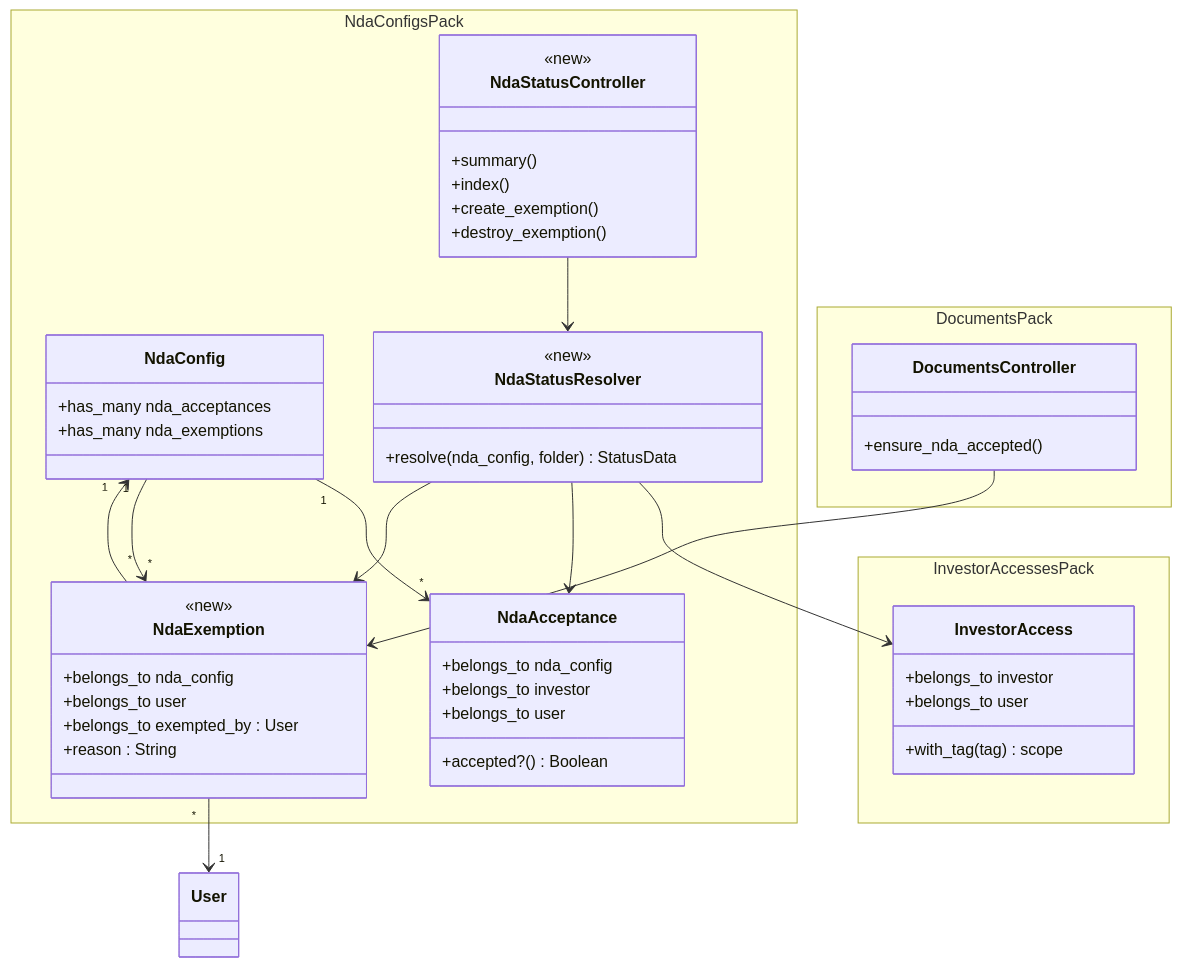
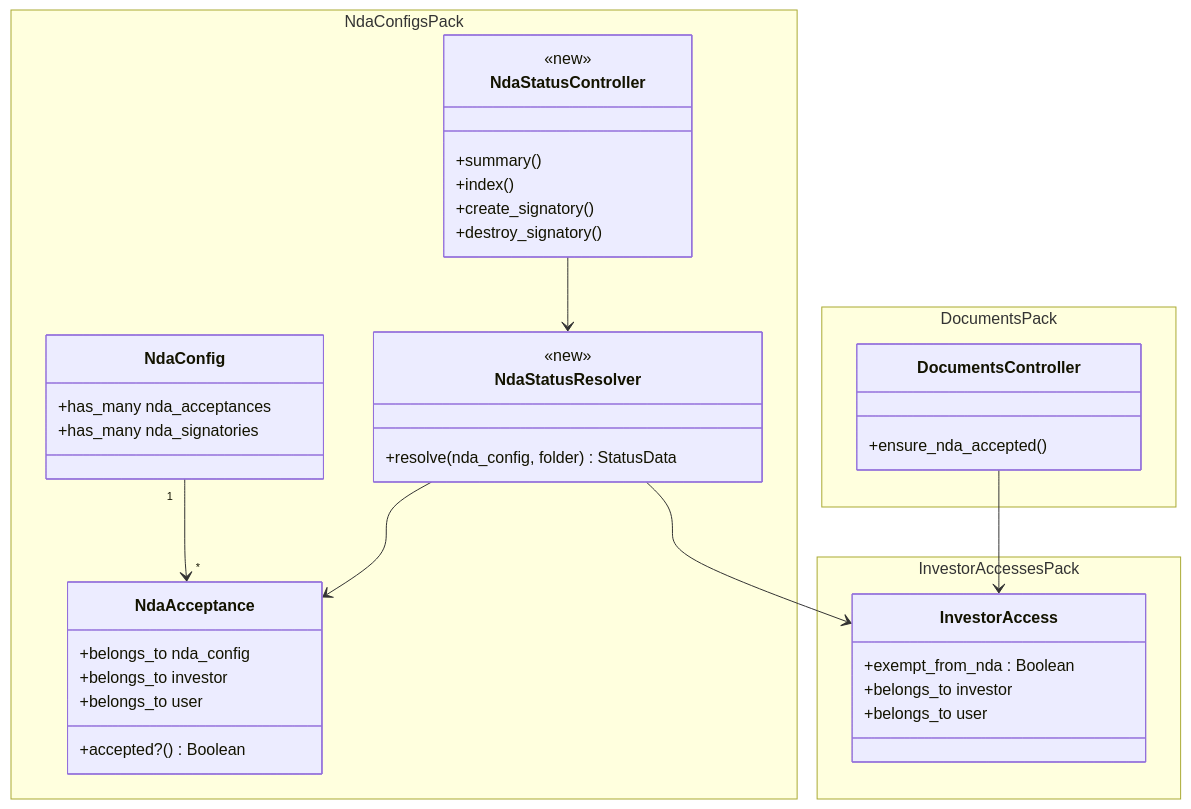
The second of 9 diagrams in openspec/changes/nda-data-room-module-3-gp-dashboard/design.md (sampadadiwan/IRM_CompanyMain), drawn with Mermaid before and after one commit. The commit also changed other lines of this file and 22 other files, not shown here.

First line of the commit message:
feat: Redesign exemption to stakeholder-level + hide NDA Settings on Data Room root

````diff
--- a/openspec/changes/nda-data-room-module-3-gp-dashboard/design.md
+++ b/openspec/changes/nda-data-room-module-3-gp-dashboard/design.md
@@ -100,57 +99,46 @@
 ```mermaid
 classDiagram
     namespace NdaConfigsPack {
         class NdaConfig {
             +has_many nda_acceptances
-            +has_many nda_exemptions
+            +has_many nda_signatories
         }
         class NdaAcceptance {
             +belongs_to nda_config
             +belongs_to investor
             +belongs_to user
             +accepted?() Boolean
         }
-        class NdaExemption {
-            <<new>>
-            +belongs_to nda_config
-            +belongs_to user
-            +belongs_to exempted_by : User
-            +reason : String
-        }
         class NdaStatusController {
             <<new>>
             +summary()
             +index()
-            +create_exemption()
-            +destroy_exemption()
+            +create_signatory()
+            +destroy_signatory()
         }
         class NdaStatusResolver {
             <<new>>
             +resolve(nda_config, folder) StatusData
         }
     }
 
     namespace InvestorAccessesPack {
         class InvestorAccess {
-            +with_tag(tag) scope
+            +exempt_from_nda : Boolean
             +belongs_to investor
             +belongs_to user
         }
     }
 
     namespace DocumentsPack {
         class DocumentsController {
             +ensure_nda_accepted()
         }
     }
 
     NdaConfig "1" --> "*" NdaAcceptance
-    NdaConfig "1" --> "*" NdaExemption
-    NdaExemption "*" --> "1" NdaConfig
-    NdaExemption "*" --> "1" User
     NdaStatusController --> NdaStatusResolver
     NdaStatusResolver --> InvestorAccess
     NdaStatusResolver --> NdaAcceptance
-    NdaStatusResolver --> NdaExemption
-    DocumentsController --> NdaExemption
+    DocumentsController --> InvestorAccess
 ```
````
